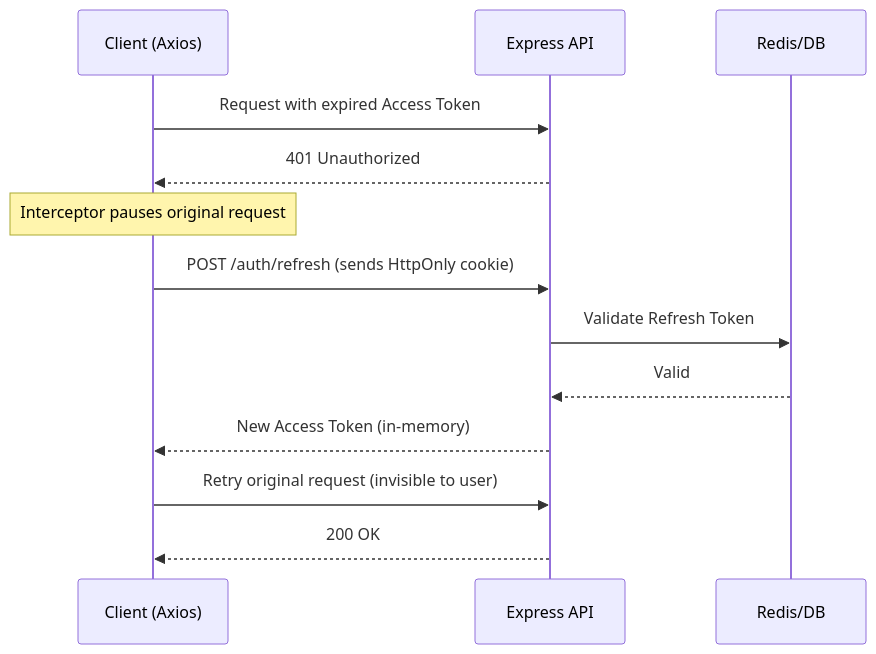
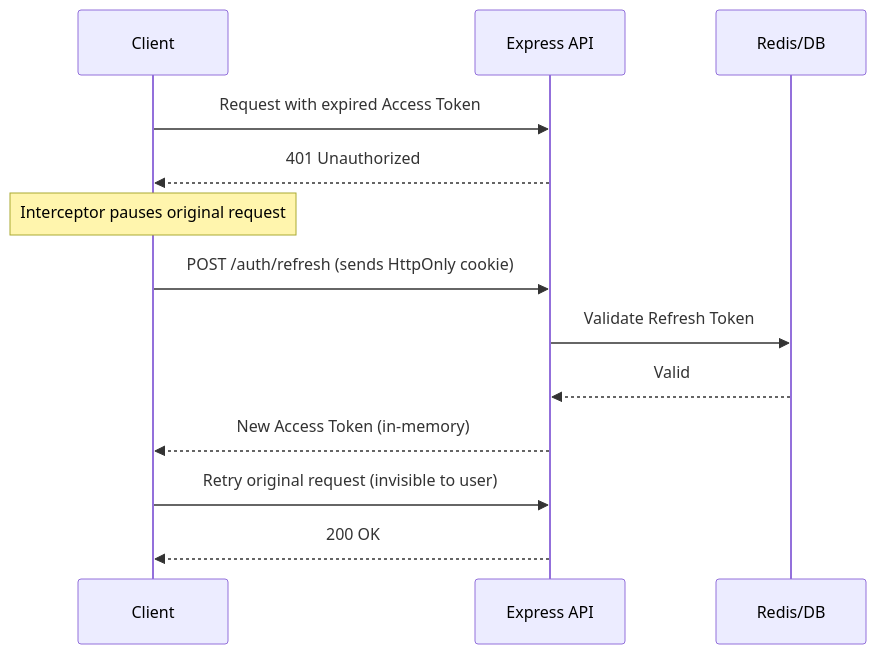
The third of 17 diagrams in README.md (Ujjwal-singh32/CodeArena), drawn with Mermaid before and after one commit. The commit also changed other lines of this file, not shown here.

````diff
--- a/README.md
+++ b/README.md
@@ -184,16 +184,16 @@
 ```mermaid
 sequenceDiagram
-    participant U as Client (Axios)
+    participant U as Client 
     participant API as Express API
     participant R as Redis/DB
 
     U->>API: Request with expired Access Token
     API-->>U: 401 Unauthorized
     Note over U: Interceptor pauses original request
     U->>API: POST /auth/refresh (sends HttpOnly cookie)
     API->>R: Validate Refresh Token
     R-->>API: Valid
     API-->>U: New Access Token (in-memory)
     U->>API: Retry original request (invisible to user)
     API-->>U: 200 OK
 ```
````
